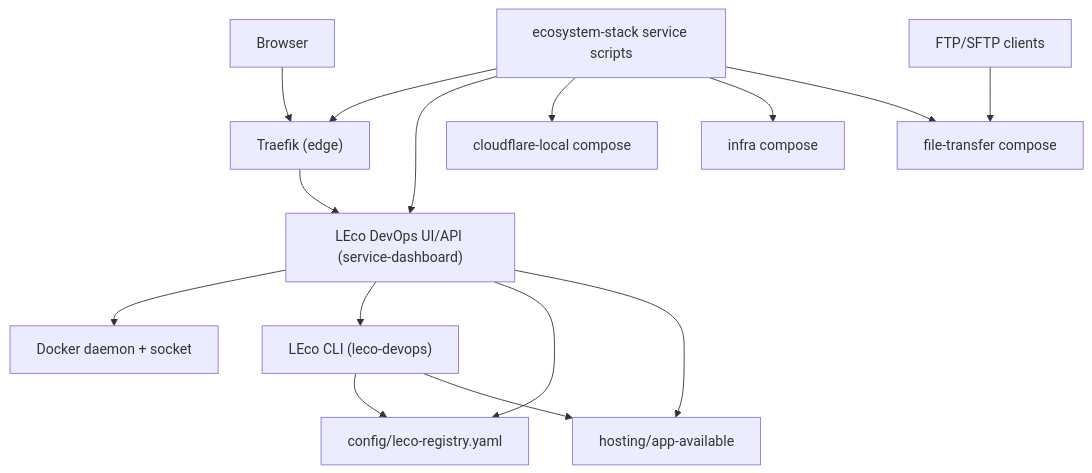
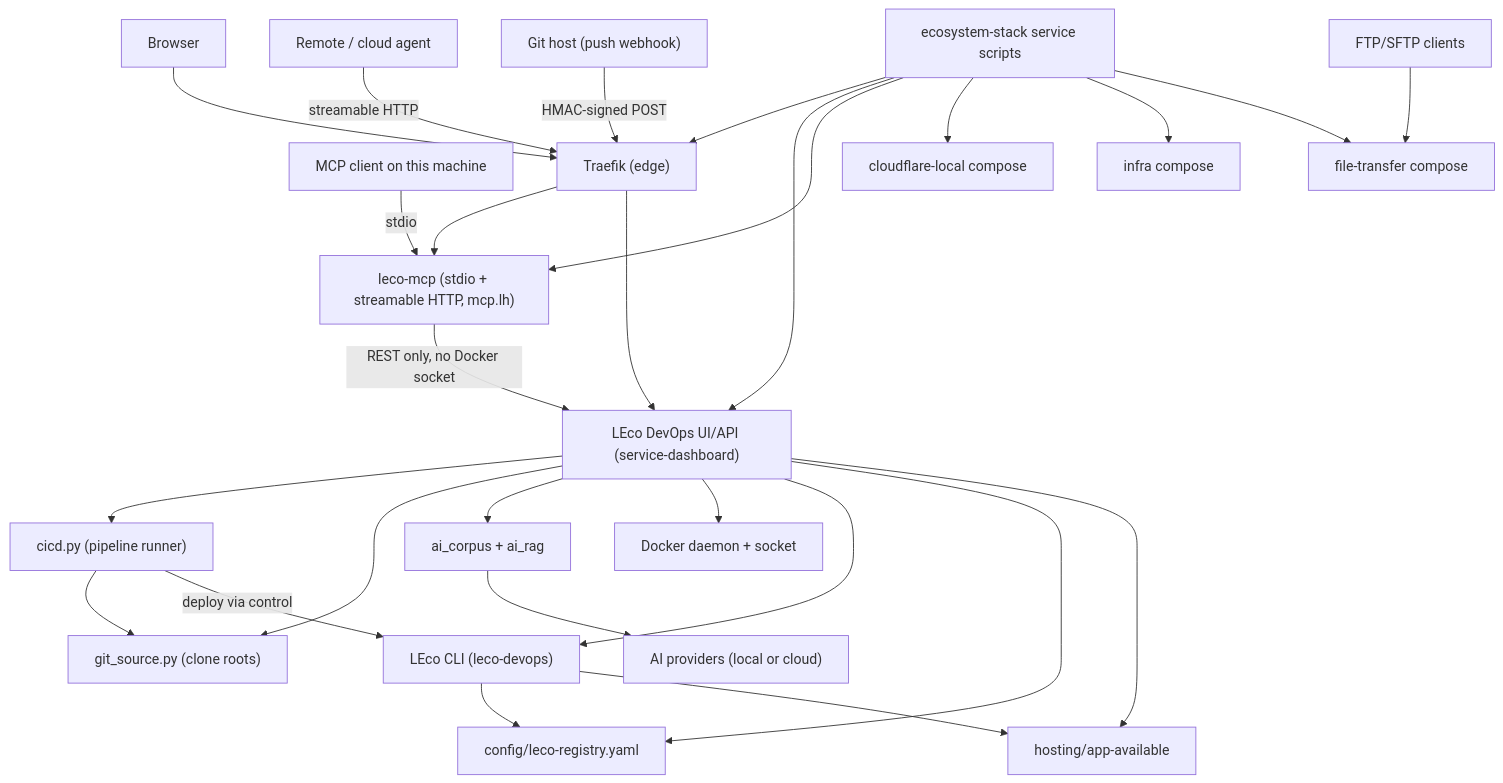
One commit to leco-devops/local-ecosystem changed the diagram in docs/ARCHITECTURE.md. Above: the diagram before and after it, drawn with Mermaid. The commit also changed other lines of this file and 148 other files, not shown here.

First line of the commit message:
feat: MCP server, CI/CD, Git onboarding, and real-domain support

````diff
--- a/docs/ARCHITECTURE.md
+++ b/docs/ARCHITECTURE.md
@@ -27,29 +36,52 @@
 ```mermaid
 flowchart TD
   Browser["Browser"]
+  AgentLocal["MCP client on this machine"]
+  AgentRemote["Remote / cloud agent"]
+  GitHost["Git host (push webhook)"]
+
   Traefik["Traefik (edge)"]
+  Mcp["leco-mcp (stdio + streamable HTTP, mcp.lh)"]
   Dash["LEco DevOps UI/API (service-dashboard)"]
+  Cicd["cicd.py (pipeline runner)"]
+  GitSrc["git_source.py (clone roots)"]
+  Rag["ai_corpus + ai_rag"]
+  Providers["AI providers (local or cloud)"]
+
   AiStack["ecosystem-stack service scripts"]
   DockerApi["Docker daemon + socket"]
   LecoCli["LEco CLI (leco-devops)"]
   Registry["config/leco-registry.yaml"]
   Hosted["hosting/app-available"]
   CfLocal["cloudflare-local compose"]
   Infra["infra compose"]
   FileTransfer["file-transfer compose"]
+  ClientFTP["FTP/SFTP clients"]
 
   Browser --> Traefik
+  AgentLocal -->|stdio| Mcp
+  AgentRemote -->|streamable HTTP| Traefik
+  GitHost -->|HMAC-signed POST| Traefik
+  Traefik --> Mcp
   Traefik --> Dash
+  Mcp -->|REST only, no Docker socket| Dash
+  Dash --> Cicd
+  Cicd --> GitSrc
+  Cicd -->|deploy via control| LecoCli
+  Dash --> GitSrc
+  Dash --> Rag
+  Rag --> Providers
   Dash --> DockerApi
   Dash --> LecoCli
   LecoCli --> Registry
   LecoCli --> Hosted
   Dash --> Registry
   Dash --> Hosted
   AiStack --> Traefik
   AiStack --> Dash
+  AiStack --> Mcp
   AiStack --> CfLocal
   AiStack --> Infra
   AiStack --> FileTransfer
-  ClientFTP["FTP/SFTP clients"] --> FileTransfer
+  ClientFTP --> FileTransfer
 ```
````
